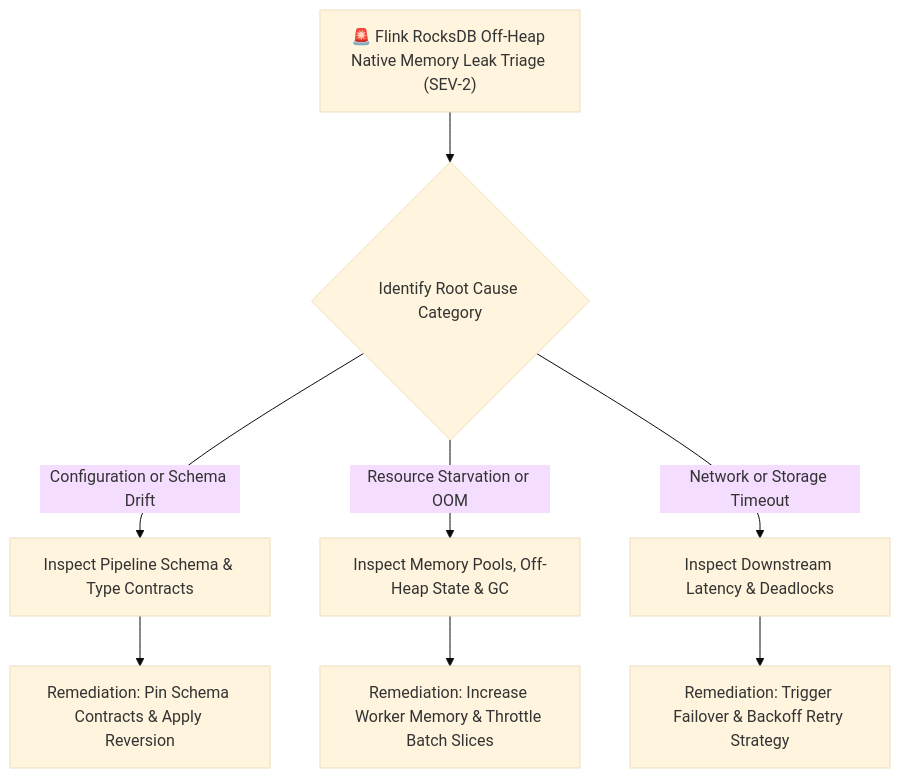
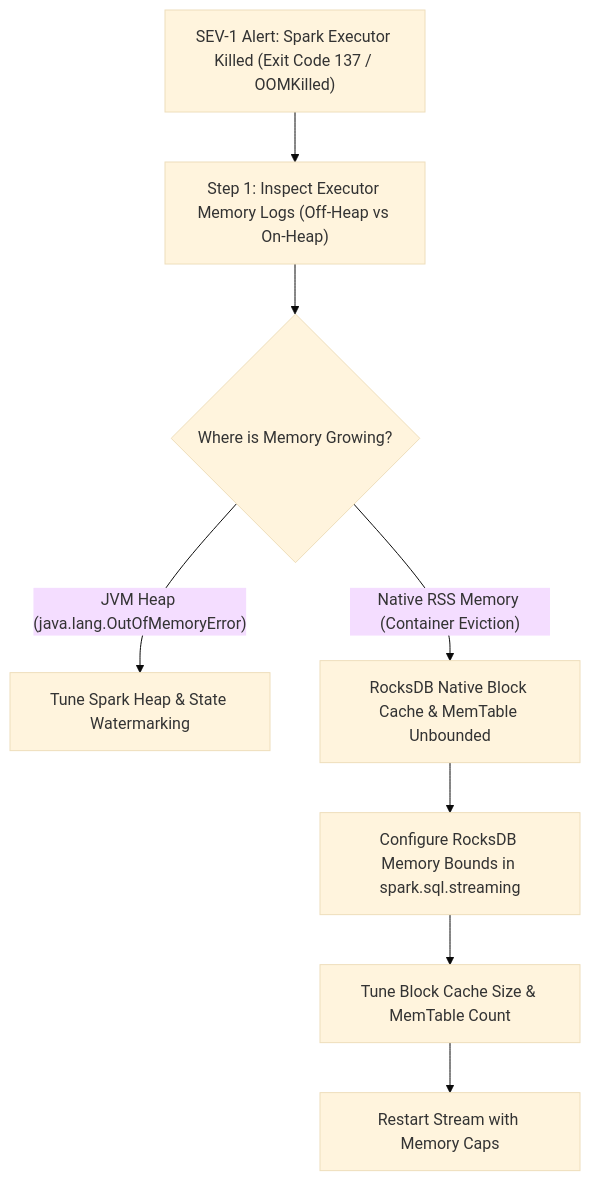
Before and after one commit to santoshjammi29/streaming-handbook: the diagram in runbooks/05_rocksdb_offheap_memory_leak_triage.md, drawn with Mermaid (base theme). The commit also changed other lines of this file and 11 other files, not shown here.

````diff
--- a/runbooks/05_rocksdb_offheap_memory_leak_triage.md
+++ b/runbooks/05_rocksdb_offheap_memory_leak_triage.md
@@ -11,12 +12,12 @@
 ```mermaid
 flowchart TD
-    Alert["🚨 Flink RocksDB Off-Heap Native Memory Leak Triage (SEV-2)"] --> TriageCategory{"Identify Root Cause Category"}
+    Alert["SEV-1 Alert: Spark Executor Killed (Exit Code 137 / OOMKilled)"] --> CheckLogs["Step 1: Inspect Executor Memory Logs (Off-Heap vs On-Heap)"]
+    CheckLogs --> MemoryCategory{"Where is Memory Growing?"}
     
-    TriageCategory -->|"Configuration or Schema Drift"| ConfigTriage["Inspect Pipeline Schema & Type Contracts"]
-    TriageCategory -->|"Resource Starvation or OOM"| ResourceTriage["Inspect Memory Pools, Off-Heap State & GC"]
-    TriageCategory -->|"Network or Storage Timeout"| NetworkTriage["Inspect Downstream Latency & Deadlocks"]
-
-    ConfigTriage --> FixConfig["Remediation: Pin Schema Contracts & Apply Reversion"]
-    ResourceTriage --> FixResource["Remediation: Increase Worker Memory & Throttle Batch Slices"]
-    NetworkTriage --> FixNetwork["Remediation: Trigger Failover & Backoff Retry Strategy"]
+    MemoryCategory -->|"JVM Heap (java.lang.OutOfMemoryError)"| HeapLeak["Tune Spark Heap & State Watermarking"]
+    MemoryCategory -->|"Native RSS Memory (Container Eviction)"| NativeLeak["RocksDB Native Block Cache & MemTable Unbounded"]
+    
+    NativeLeak --> SetBoundedMemory["Configure RocksDB Memory Bounds in spark.sql.streaming"]
+    SetBoundedMemory --> TuneCompaction["Tune Block Cache Size & MemTable Count"]
+    TuneCompaction --> RestartExecutors["Restart Stream with Memory Caps"]
 ```
````
